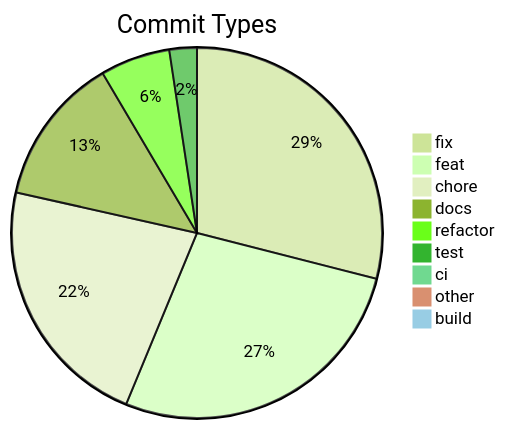
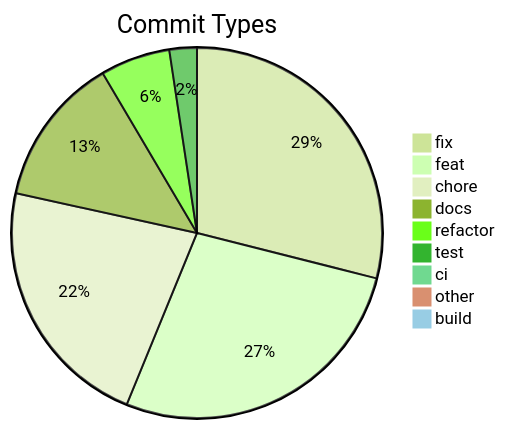
The diagram in .shipwright/compliance/change-history.md (svenroth-ai/shipwright), drawn with Mermaid (forest theme) before and after one commit. The commit also changed other lines of this file and 27 other files, not shown here.

````diff
--- a/.shipwright/compliance/change-history.md
+++ b/.shipwright/compliance/change-history.md
@@ -8,12 +8,12 @@
 ```mermaid
 pie title Commit Types
     "fix" : 290
     "feat" : 273
     "chore" : 223
-    "docs" : 130
+    "docs" : 131
     "refactor" : 61
     "test" : 24
     "ci" : 7
     "other" : 7
     "build" : 1
 ```
````
